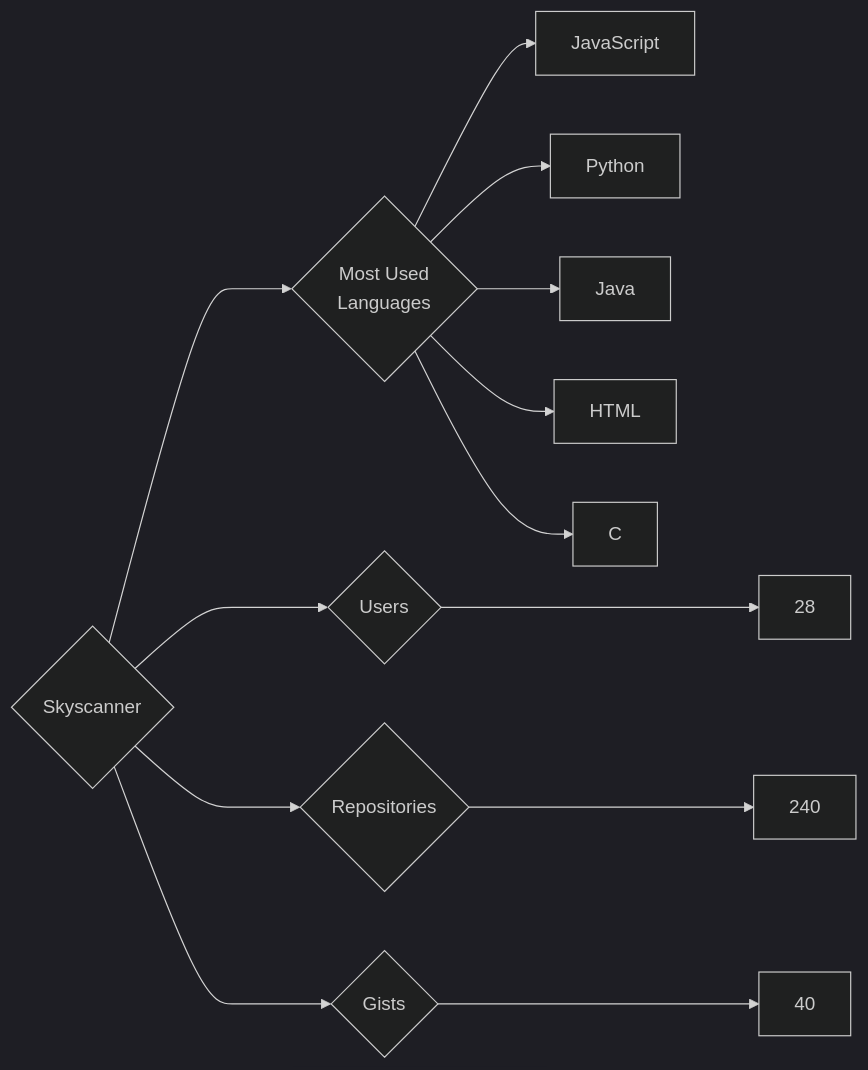
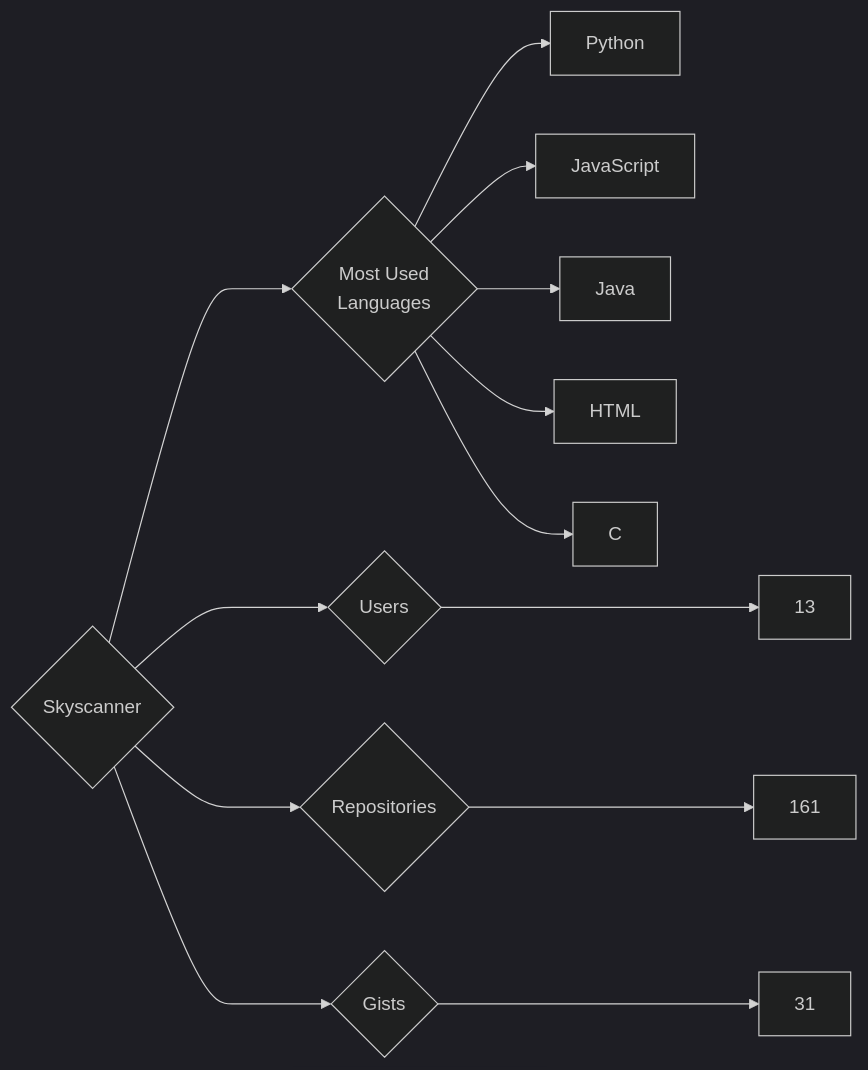
One commit to trickest/insiders changed the diagram in targets/Skyscanner/README.md. Above: the diagram before and after it, drawn with Mermaid (dark theme). The commit also changed 829 other files, not shown here.

````diff
--- a/targets/Skyscanner/README.md
+++ b/targets/Skyscanner/README.md
@@ -3,13 +3,13 @@
 ```mermaid
 graph LR
 COMPANY_NAME{Skyscanner}
-COMPANY_NAME ---> U{Users} ---> UN[28]
-COMPANY_NAME ---> R{Repositories} ---> RN[240]
-COMPANY_NAME ---> G{Gists} ---> GN[40]
+COMPANY_NAME ---> U{Users} ---> UN[13]
+COMPANY_NAME ---> R{Repositories} ---> RN[161]
+COMPANY_NAME ---> G{Gists} ---> GN[31]
 COMPANY_NAME ---> ML{Most Used<br>Languages}
+ML --> Python[Python]
 ML --> JavaScript[JavaScript]
-ML --> Python[Python]
 ML --> Java[Java]
 ML --> HTML[HTML]
 ML --> C[C]
 ```
````
